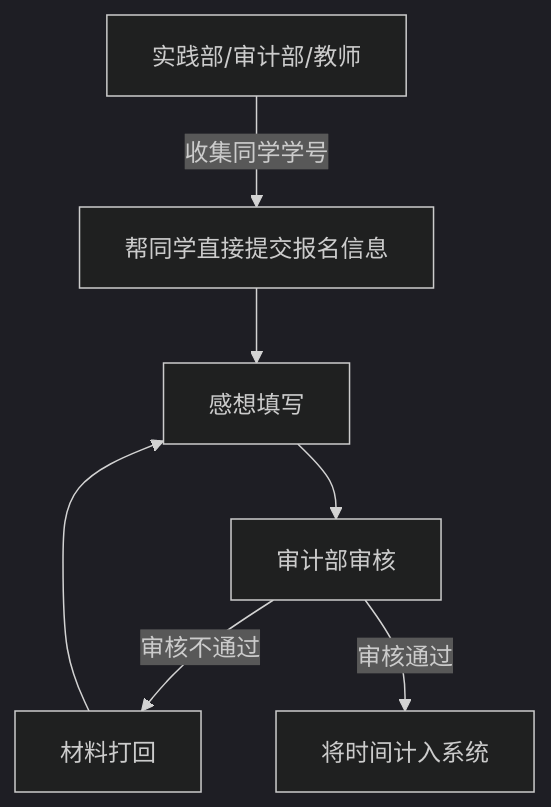
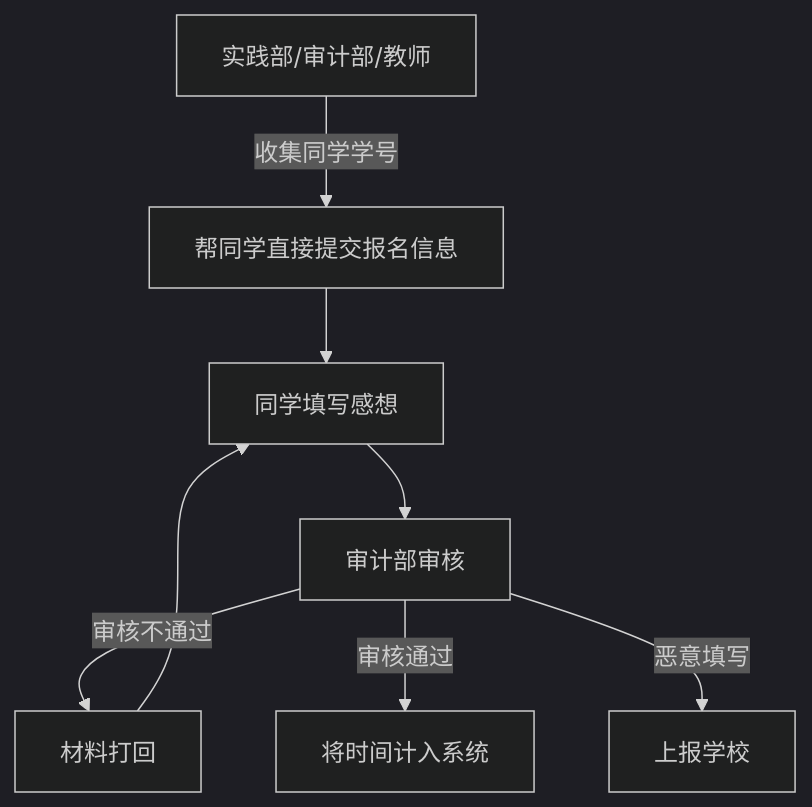
Before and after one commit to zvms/zvms2: the third of 4 diagrams in web/src/docs/content/flowchart/content.md, drawn with Mermaid (dark theme). The commit also changed other lines of this file and 29 other files, not shown here.

````diff
--- a/web/src/docs/content/flowchart/content.md
+++ b/web/src/docs/content/flowchart/content.md
@@ -36,9 +40,10 @@
 ```mermaid
 graph TD;
 实践部/审计部/教师-->|收集同学学号|帮同学直接提交报名信息;
-帮同学直接提交报名信息-->感想填写;
-感想填写-->审计部审核;
+帮同学直接提交报名信息-->同学填写感想;
+同学填写感想-->审计部审核;
 审计部审核-->|审核不通过|材料打回;
 审计部审核-->|审核通过|将时间计入系统;
-材料打回-->感想填写;
+审计部审核-->|恶意填写|上报学校;
+材料打回-->同学填写感想;
 ```
````
